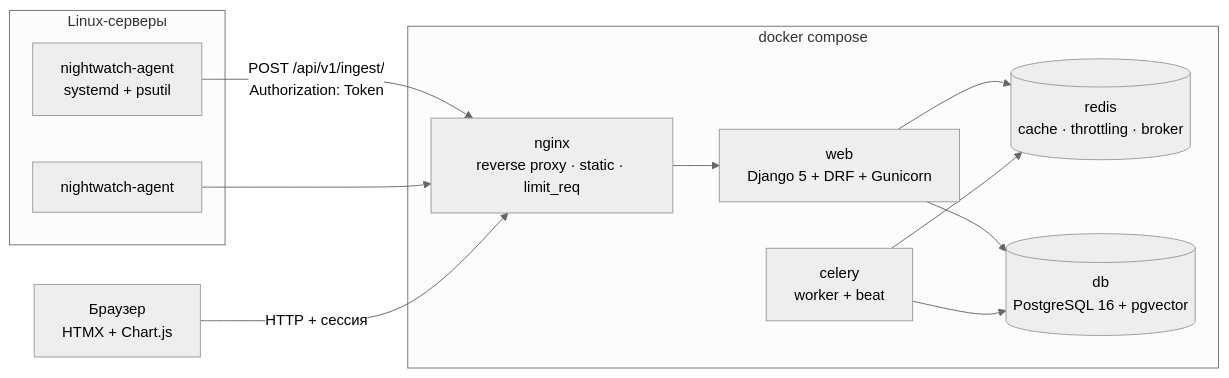
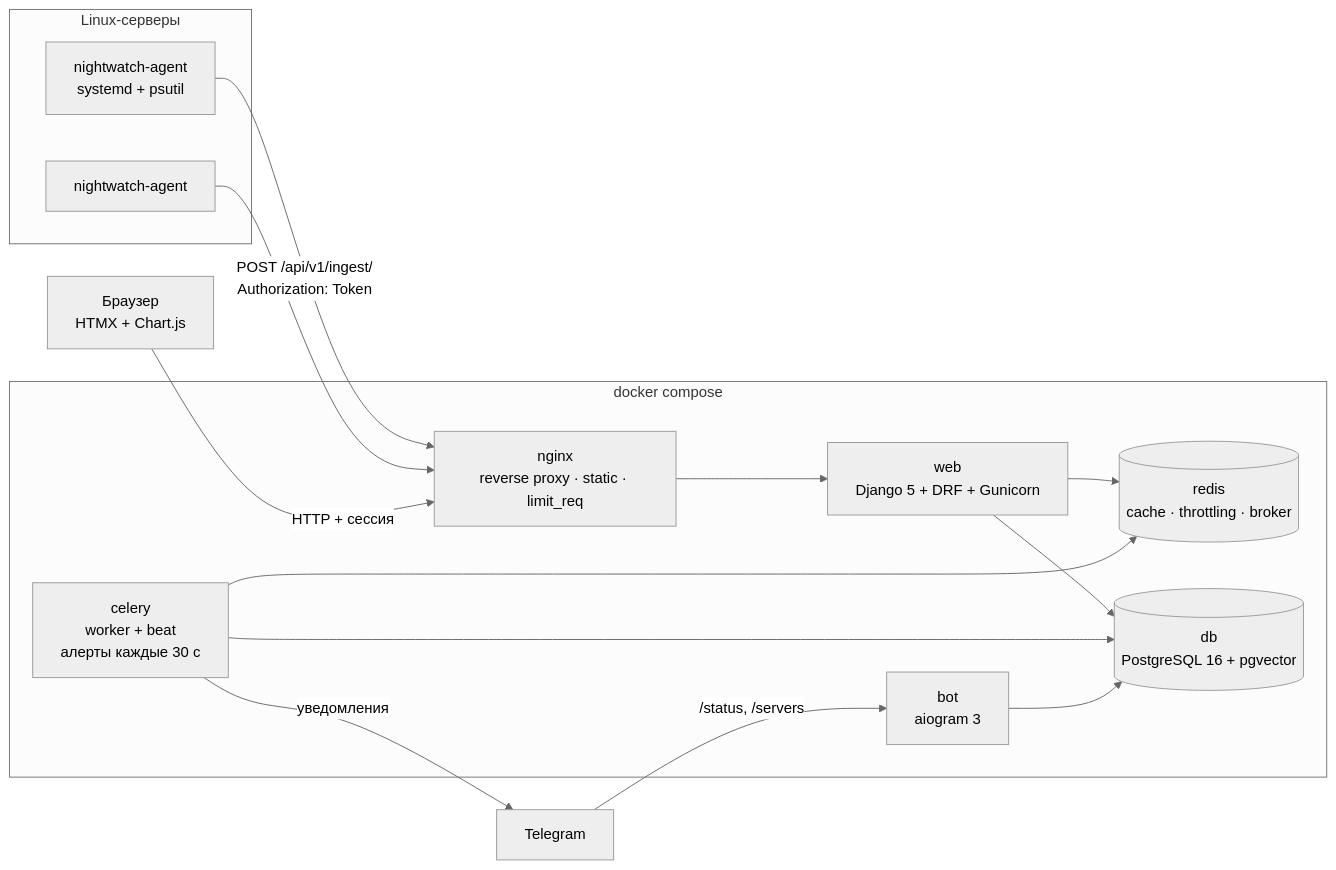
The first of 3 diagrams in README.md (vadik12555/nightwatch), drawn with Mermaid (neutral theme) before and after one commit. The commit also changed other lines of this file and 3 other files, not shown here.

Commit message:
docs: describe alerting and Telegram bot, mark stage 2 done in roadmap

````diff
--- a/README.md
+++ b/README.md
@@ -54,23 +63,28 @@
 ```mermaid
 flowchart LR
     subgraph hosts["Linux-серверы"]
         A1["nightwatch-agent<br/>systemd + psutil"]
         A2["nightwatch-agent"]
     end
     U["Браузер<br/>HTMX + Chart.js"]
+    TG["Telegram"]
     subgraph stack["docker compose"]
         N["nginx<br/>reverse proxy · static · limit_req"]
         W["web<br/>Django 5 + DRF + Gunicorn"]
-        C["celery<br/>worker + beat"]
+        C["celery<br/>worker + beat<br/>алерты каждые 30 с"]
+        B["bot<br/>aiogram 3"]
         R[("redis<br/>cache · throttling · broker")]
         P[("db<br/>PostgreSQL 16 + pgvector")]
     end
     A1 -- "POST /api/v1/ingest/<br/>Authorization: Token" --> N
     A2 --> N
     U -- "HTTP + сессия" --> N
     N --> W
     W --> P
     W --> R
     C --> R
     C --> P
+    C -- "уведомления" --> TG
+    TG -- "/status, /servers" --> B
+    B --> P
 ```
````
